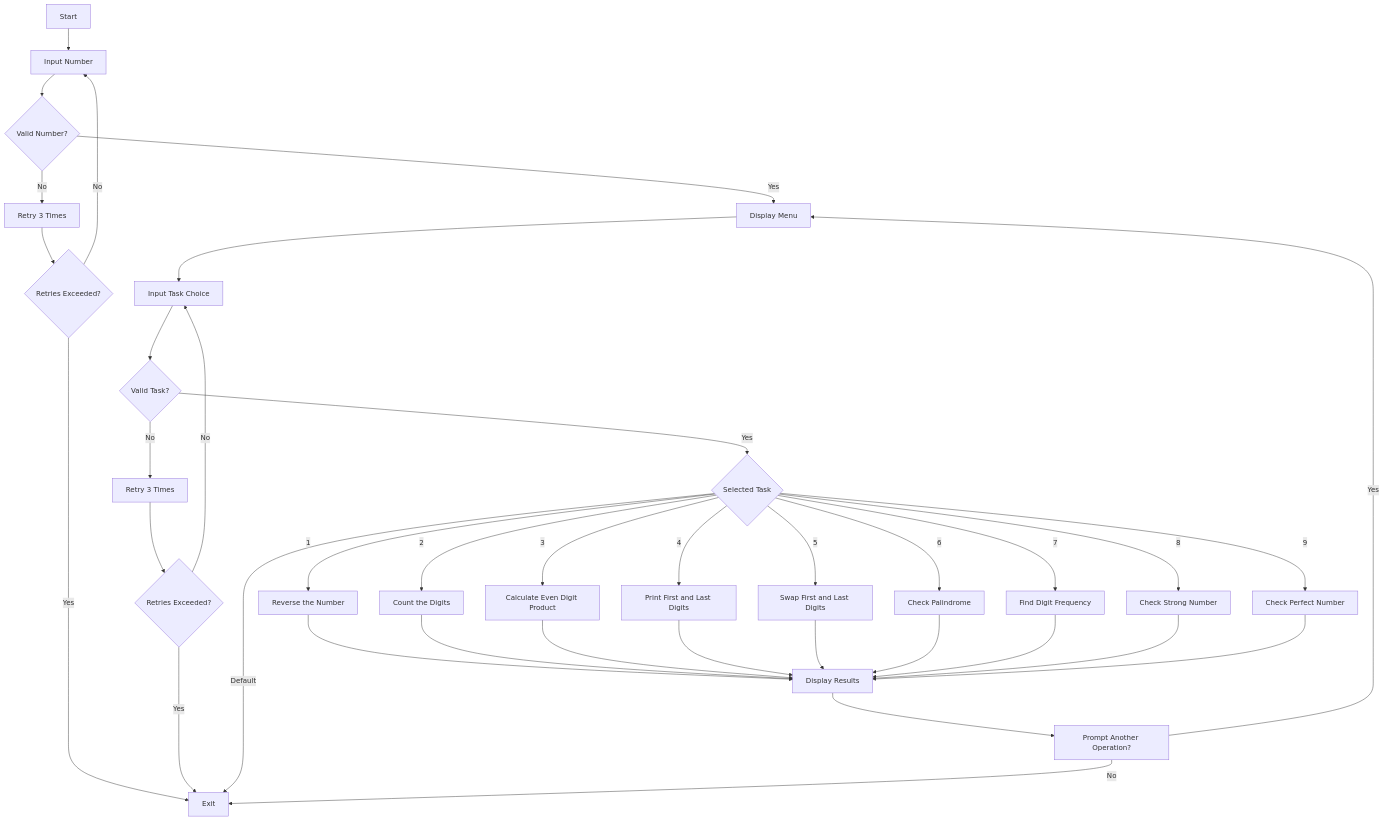
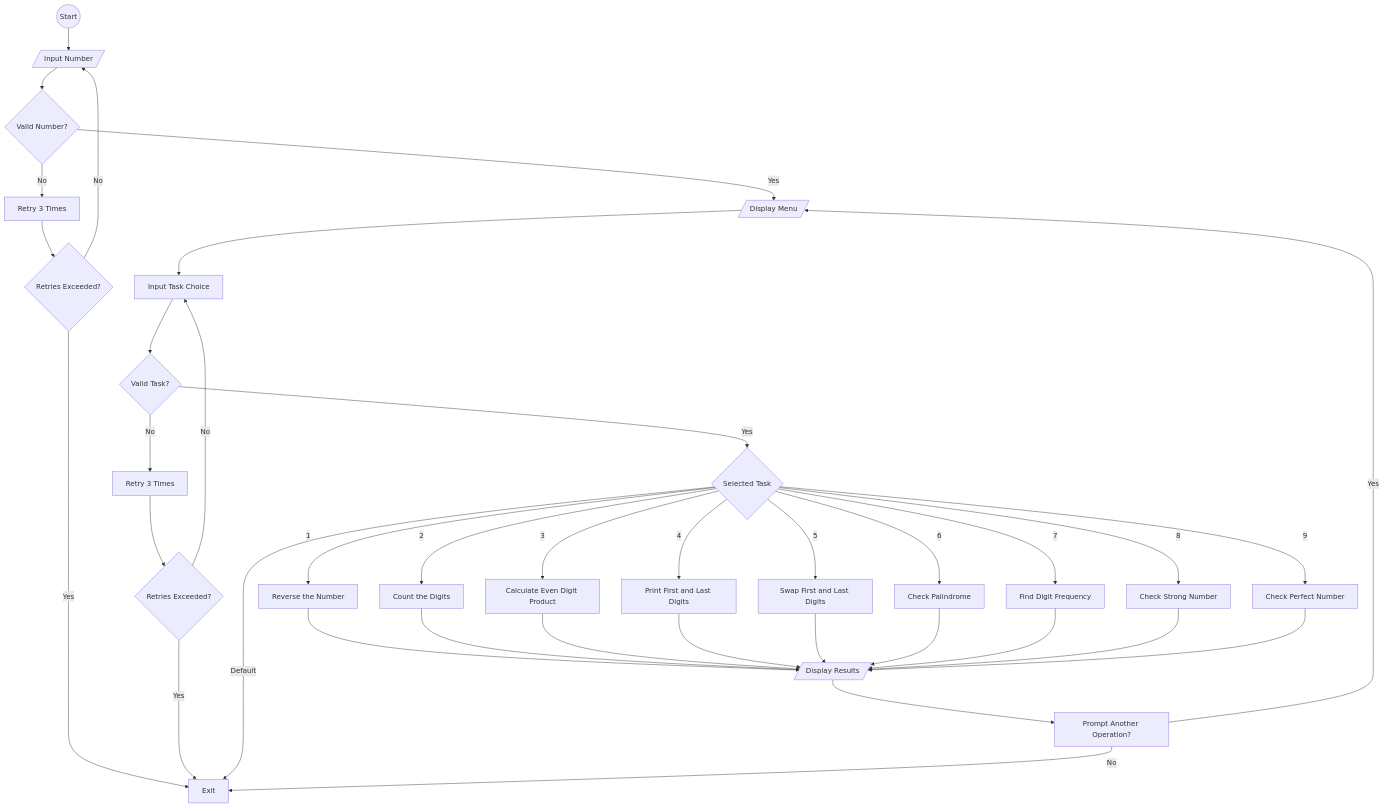
The diagram in ETS0907_Meaza_Zelalem/assign_2/Exercise_3.md (SWEG-2016EC-Batch/C-pp), drawn with Mermaid before and after one commit.

````diff
--- a/ETS0907_Meaza_Zelalem/assign_2/Exercise_3.md
+++ b/ETS0907_Meaza_Zelalem/assign_2/Exercise_3.md
@@ -1,37 +1,37 @@
 ```mermaid
 flowchart TD
-    A[Start] --> B[Input Number]
+    A((Start)) --> B[/Input Number/]
     B --> C{Valid Number?}
     C -- No --> D[Retry 3 Times] --> E{Retries Exceeded?}
     E -- Yes --> F[Exit]
     E -- No --> B
-    C -- Yes --> G[Display Menu]
+    C -- Yes --> G[/Display Menu/]
     G --> H[Input Task Choice]
     H --> I{Valid Task?}
     I -- No --> J[Retry 3 Times] --> K{Retries Exceeded?}
     K -- Yes --> F
     K -- No --> H
     I -- Yes --> L{Selected Task}
     L -- 1 --> M[Reverse the Number]
     L -- 2 --> N[Count the Digits]
     L -- 3 --> O[Calculate Even Digit Product]
     L -- 4 --> P[Print First and Last Digits]
     L -- 5 --> Q[Swap First and Last Digits]
     L -- 6 --> R[Check Palindrome]
     L -- 7 --> S[Find Digit Frequency]
     L -- 8 --> T[Check Strong Number]
     L -- 9 --> U[Check Perfect Number]
     L -- Default --> F
-    M --> V[Display Results]
+    M --> V[/Display Results/]
     N --> V
     O --> V
     P --> V
     Q --> V
     R --> V
     S --> V
     T --> V
     U --> V
     V --> W[Prompt Another Operation?]
     W -- Yes --> G
     W -- No --> F
 ```
````
